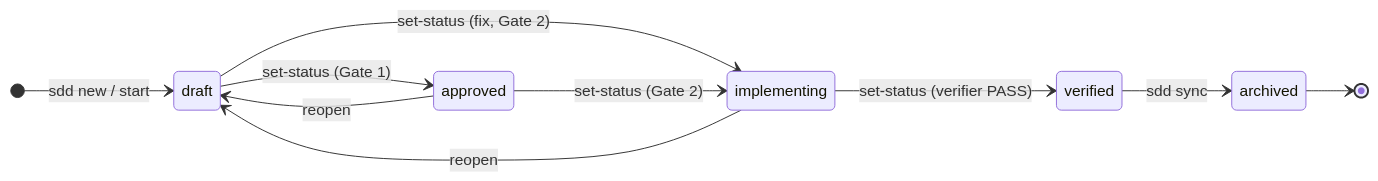
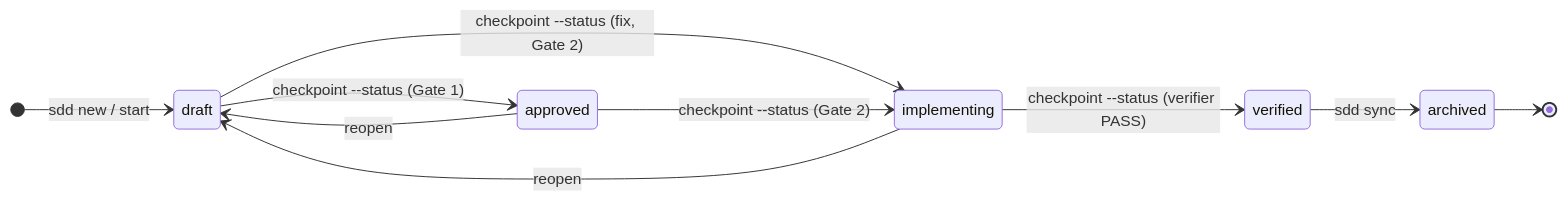
The first of 4 diagrams in plugins/meta/sdd/docs/reference/phases-and-states.md (gpr/claude-plugins), drawn with Mermaid before and after one commit. The commit also changed other lines of this file and 20 other files, not shown here.

````diff
--- a/plugins/meta/sdd/docs/reference/phases-and-states.md
+++ b/plugins/meta/sdd/docs/reference/phases-and-states.md
@@ -24,13 +24,13 @@
 ```mermaid
 stateDiagram-v2
     direction LR
     [*] --> draft: sdd new / start
-    draft --> approved: set-status (Gate 1)
-    draft --> implementing: set-status (fix, Gate 2)
-    approved --> implementing: set-status (Gate 2)
-    implementing --> verified: set-status (verifier PASS)
+    draft --> approved: checkpoint --status (Gate 1)
+    draft --> implementing: checkpoint --status (fix, Gate 2)
+    approved --> implementing: checkpoint --status (Gate 2)
+    implementing --> verified: checkpoint --status (verifier PASS)
     verified --> archived: sdd sync
     approved --> draft: reopen
     implementing --> draft: reopen
     archived --> [*]
 ```
````
